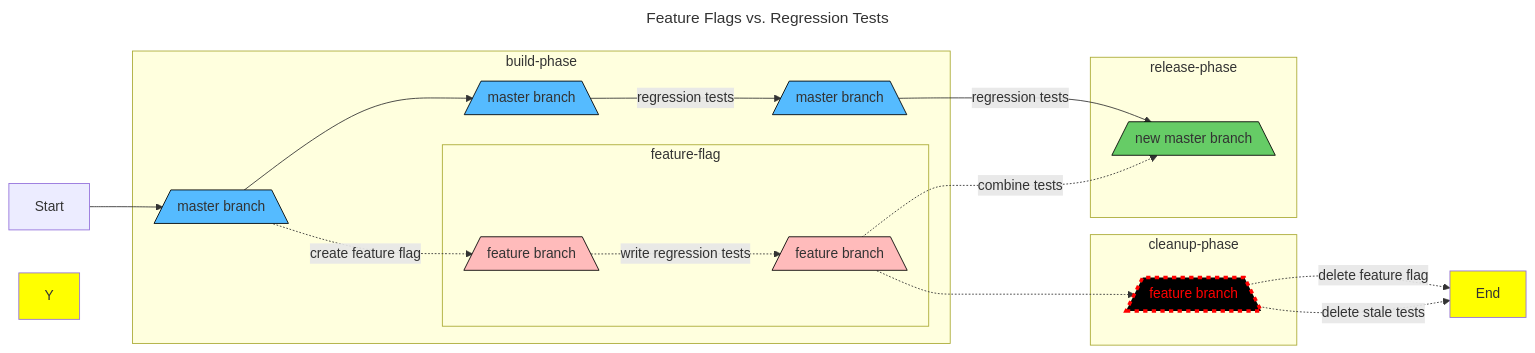
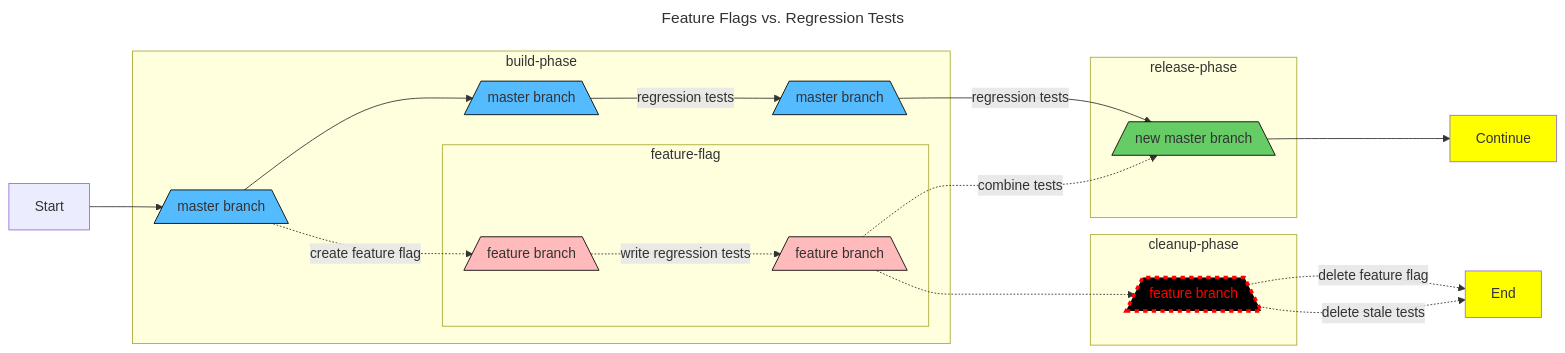
The diagram in diagrams/diagram1.mmd (jessicahirsch/Mermaid-Diagrams), drawn with Mermaid before and after one commit.

Commit message:
fix(FFvRG): Y id for Continue

```diff
--- a/diagrams/diagram1.mmd
+++ b/diagrams/diagram1.mmd
@@ -1,52 +1,54 @@
 ---
 title: Feature Flags vs. Regression Tests
 ---
 
 flowchart LR
 
 %% Each phase is less than three lines of code to promote small batches.
 %% Larger code blocks mean smaller batches are called for, excluding classes.
 
     X[Start]-->A[/master branch\]
 
     subgraph build-phase
     A[/master branch\]-->AB[/master branch\]
 
     %% Begin top line build phase
     AB[/master branch\]--regression tests-->B[/master branch\]
 
     %% Feature branch is forked from master
     A[/master branch\]-.create feature flag.->C[/feature branch\]
 
     %% Feature developement begins behind flag
     subgraph feature-flag
     C[/feature branch\]-.write regression tests .->D[/feature branch\]
     D[/feature branch\]
     end feature-flag
     end build-phase
 
     subgraph release-phase
     B[/master branch\]--regression tests-->E[/new master branch\]
 
     %% Work is integrated
     D[/feature branch\]-.combine tests .->E[/new master branch\]
     end release-phase
 
+    E-->Y[Continue]
+
     %% Post-experiment cleanup phase
     subgraph cleanup-phase
     D[/feature branch\]-.->F[/feature branch\]
     F[/feature branch\]
     end cleanup-phase
 
     F[/feature branch\]-.delete feature flag.->Z[End]
     F[/feature branch\]-.delete stale tests.->Z[End]
 
     style Y fill:#ff0
     style Z fill:#ff0
     style E fill:#6C6,stroke:#000
     style F fill:#000,stroke:#f00,stroke-width:4px,color:#f00,stroke-dasharray: 5 5
     
     class A,AB,B masterClass;
     class C,D featureClass
     classDef masterClass fill:#5BF,stroke:#000
     classDef featureClass fill:#FBB,stroke:#000
```
